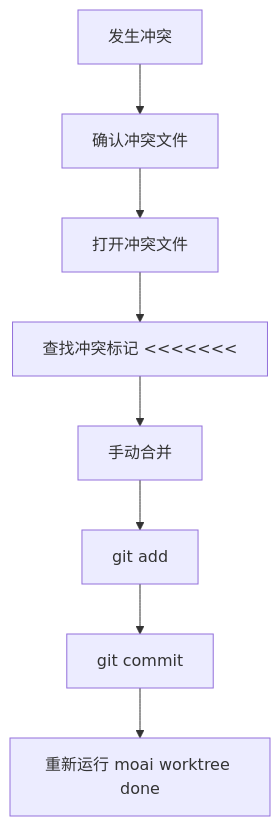
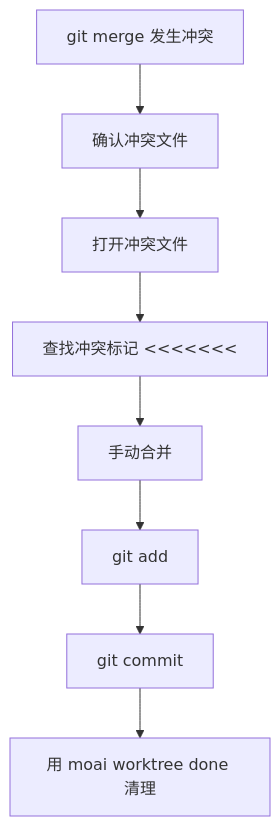
One commit to modu-ai/moai-adk changed the sixth of 9 diagrams in docs-site/content/zh/worktree/faq.md. Above: the diagram before and after it, drawn with Mermaid. The commit also changed other lines of this file and 180 other files, not shown here.

````diff
--- a/docs-site/content/zh/worktree/faq.md
+++ b/docs-site/content/zh/worktree/faq.md
@@ -249,10 +241,10 @@
 ```mermaid
 flowchart TD
-    A[发生冲突] --> B[确认冲突文件]
+    A[git merge 发生冲突] --> B[确认冲突文件]
     B --> C[打开冲突文件]
     C --> D[查找冲突标记 &lt;&lt;&lt;&lt;&lt;&lt;&lt;]
     D --> E[手动合并]
     E --> F[git add]
     F --> G[git commit]
-    G --> H[重新运行 moai worktree done]
+    G --> H[用 moai worktree done 清理]
 ```
````
